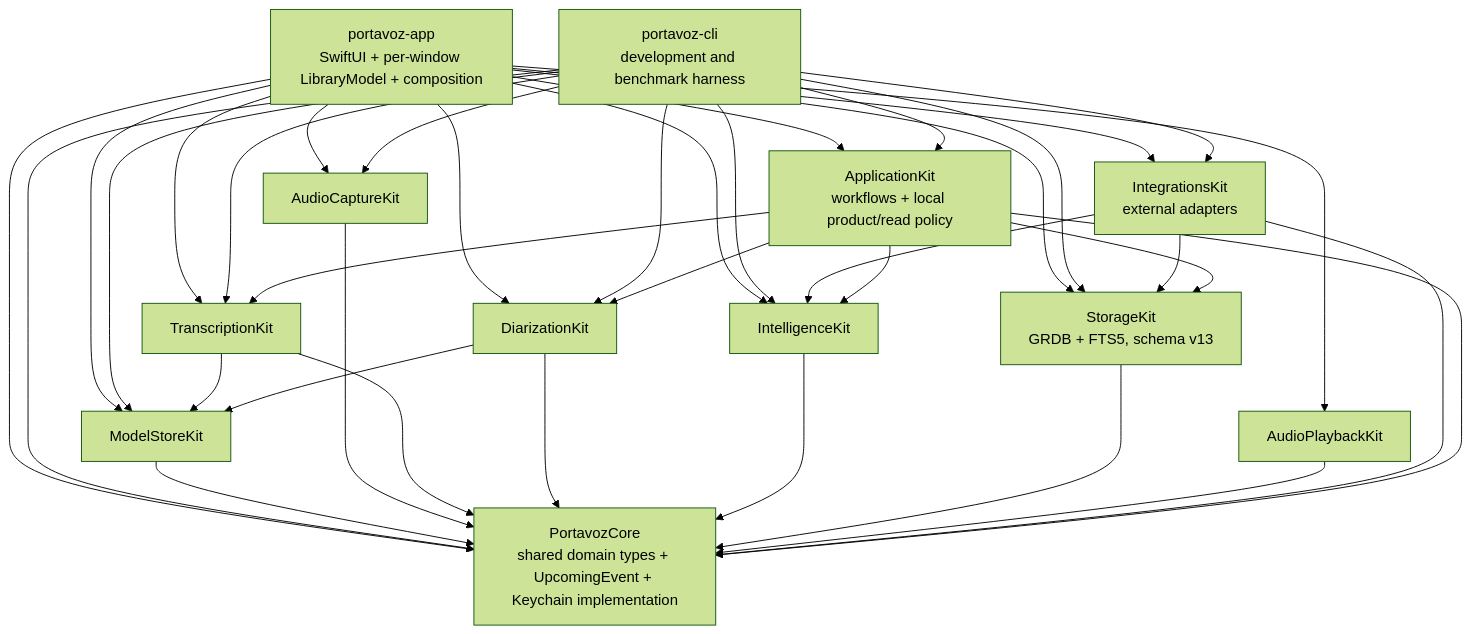
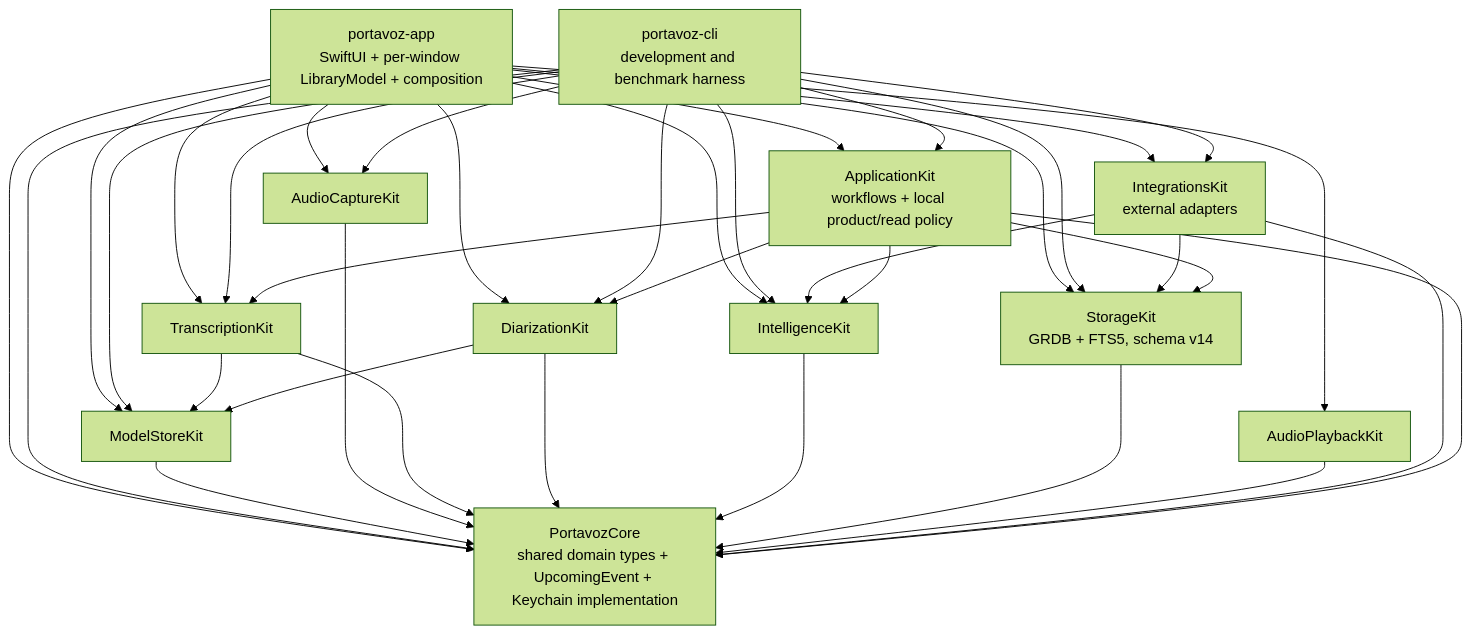
The first of 3 diagrams in docs/refactor-20260714.md (johnny4young/portavoz), drawn with Mermaid (forest theme) before and after one commit. The commit also changed other lines of this file and 24 other files, not shown here.

````diff
--- a/docs/refactor-20260714.md
+++ b/docs/refactor-20260714.md
@@ -108,52 +108,52 @@
 ```mermaid
 flowchart TB
     APP["portavoz-app\nSwiftUI + per-window LibraryModel + composition"]
     CLI["portavoz-cli\ndevelopment and benchmark harness"]
     APPLICATION["ApplicationKit\nworkflows + local product/read policy"]
     CORE["PortavozCore\nshared domain types + UpcomingEvent + Keychain implementation"]
     MODEL["ModelStoreKit"]
     CAPTURE["AudioCaptureKit"]
     STT["TranscriptionKit"]
     DIAR["DiarizationKit"]
     INTEL["IntelligenceKit"]
-    STORE["StorageKit\nGRDB + FTS5, schema v13"]
+    STORE["StorageKit\nGRDB + FTS5, schema v14"]
     PLAYBACK["AudioPlaybackKit"]
     INTEGRATIONS["IntegrationsKit\nexternal adapters"]
 
     APP --> CORE
     APP --> APPLICATION
     APP --> MODEL
     APP --> CAPTURE
     APP --> STT
     APP --> DIAR
     APP --> INTEL
     APP --> STORE
     APP --> PLAYBACK
     APP --> INTEGRATIONS
     CLI --> CORE
     CLI --> APPLICATION
     CLI --> MODEL
     CLI --> CAPTURE
     CLI --> STT
     CLI --> DIAR
     CLI --> INTEL
     CLI --> STORE
     CLI --> INTEGRATIONS
     MODEL --> CORE
     CAPTURE --> CORE
     STT --> CORE
     STT --> MODEL
     DIAR --> CORE
     DIAR --> MODEL
     INTEL --> CORE
     STORE --> CORE
     PLAYBACK --> CORE
     INTEGRATIONS --> CORE
     INTEGRATIONS --> INTEL
     INTEGRATIONS --> STORE
     APPLICATION --> CORE
     APPLICATION --> STT
     APPLICATION --> DIAR
     APPLICATION --> INTEL
     APPLICATION --> STORE
 ```
````
